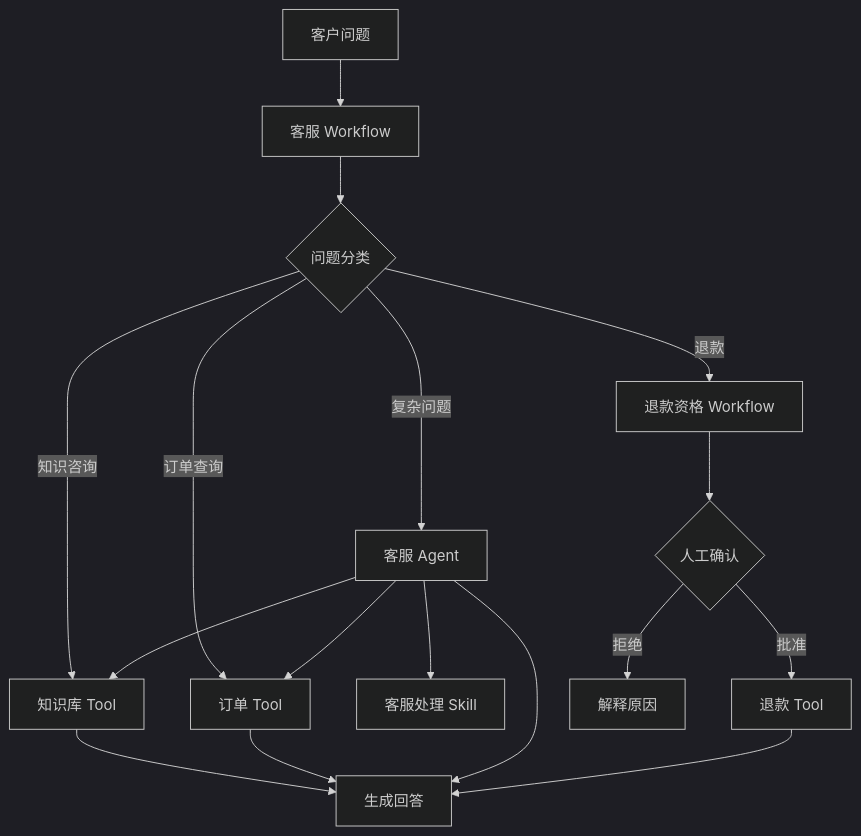
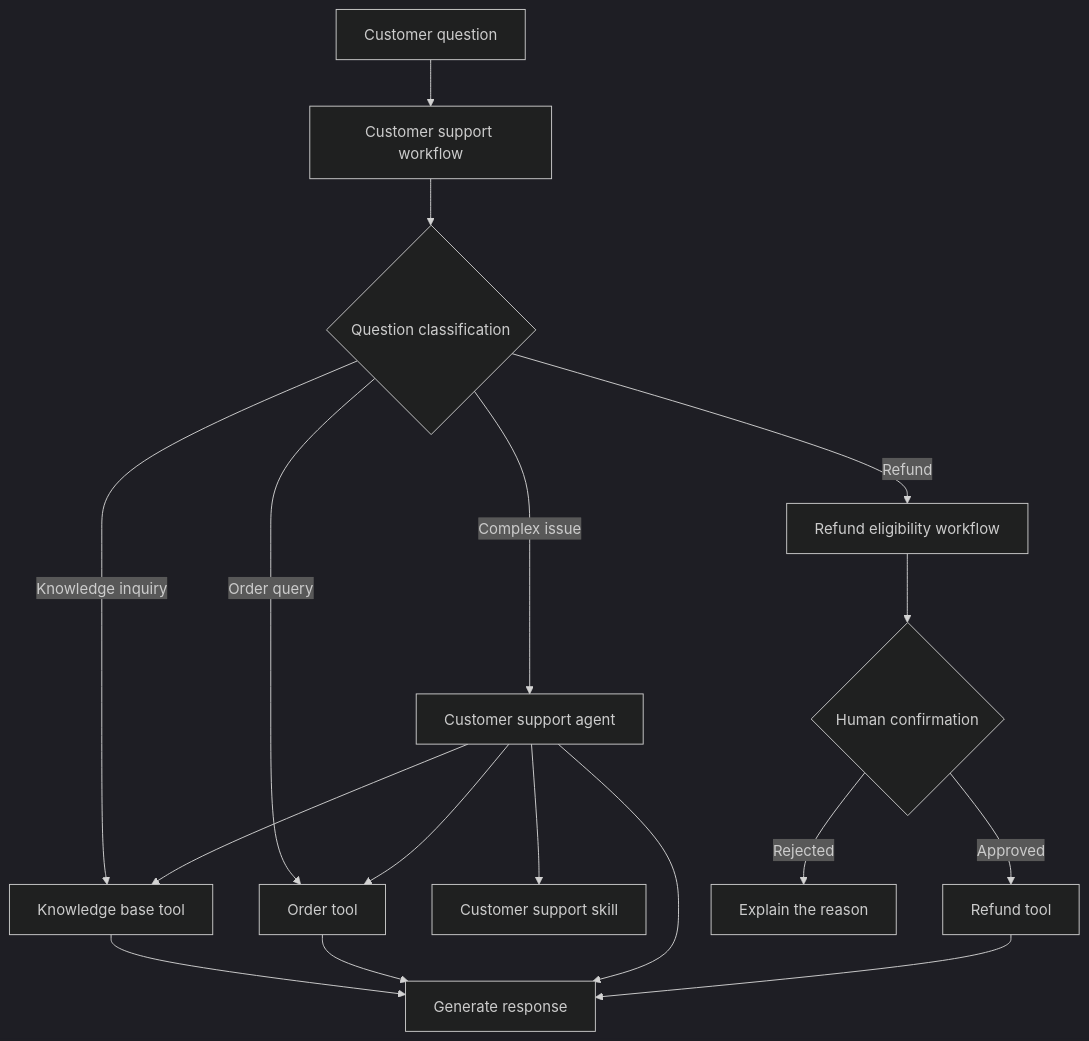
One commit to oneleaveknowsthefall/awesome-ai-roadmap changed diagram 15 of 15 in docs/agent/01-foundations/03-agentic-building-blocks.md. Above: the diagram before and after it, drawn with Mermaid (dark theme). The commit also changed other lines of this file and 68 other files, not shown here.

````diff
--- a/docs/agent/01-foundations/03-agentic-building-blocks.md
+++ b/docs/agent/01-foundations/03-agentic-building-blocks.md
@@ -720,23 +724,23 @@
 ```mermaid
 flowchart TB
-    Q[客户问题] --> WF[客服 Workflow]
-    WF --> ROUTE{问题分类}
+    Q[Customer question] --> WF[Customer support workflow]
+    WF --> ROUTE{Question classification}
 
-    ROUTE -->|知识咨询| SEARCH[知识库 Tool]
-    ROUTE -->|订单查询| ORDER[订单 Tool]
-    ROUTE -->|复杂问题| AGENT[客服 Agent]
+    ROUTE -->|Knowledge inquiry| SEARCH[Knowledge base tool]
+    ROUTE -->|Order query| ORDER[Order tool]
+    ROUTE -->|Complex issue| AGENT[Customer support agent]
 
-    AGENT --> SKILL[客服处理 Skill]
+    AGENT --> SKILL[Customer support skill]
     AGENT --> SEARCH
     AGENT --> ORDER
 
-    ROUTE -->|退款| CHECK[退款资格 Workflow]
-    CHECK --> APPROVE{人工确认}
-    APPROVE -->|批准| REFUND[退款 Tool]
-    APPROVE -->|拒绝| REJECT[解释原因]
+    ROUTE -->|Refund| CHECK[Refund eligibility workflow]
+    CHECK --> APPROVE{Human confirmation}
+    APPROVE -->|Approved| REFUND[Refund tool]
+    APPROVE -->|Rejected| REJECT[Explain the reason]
 
-    SEARCH --> ANSWER[生成回答]
+    SEARCH --> ANSWER[Generate response]
     ORDER --> ANSWER
     AGENT --> ANSWER
     REFUND --> ANSWER
 ```
````
